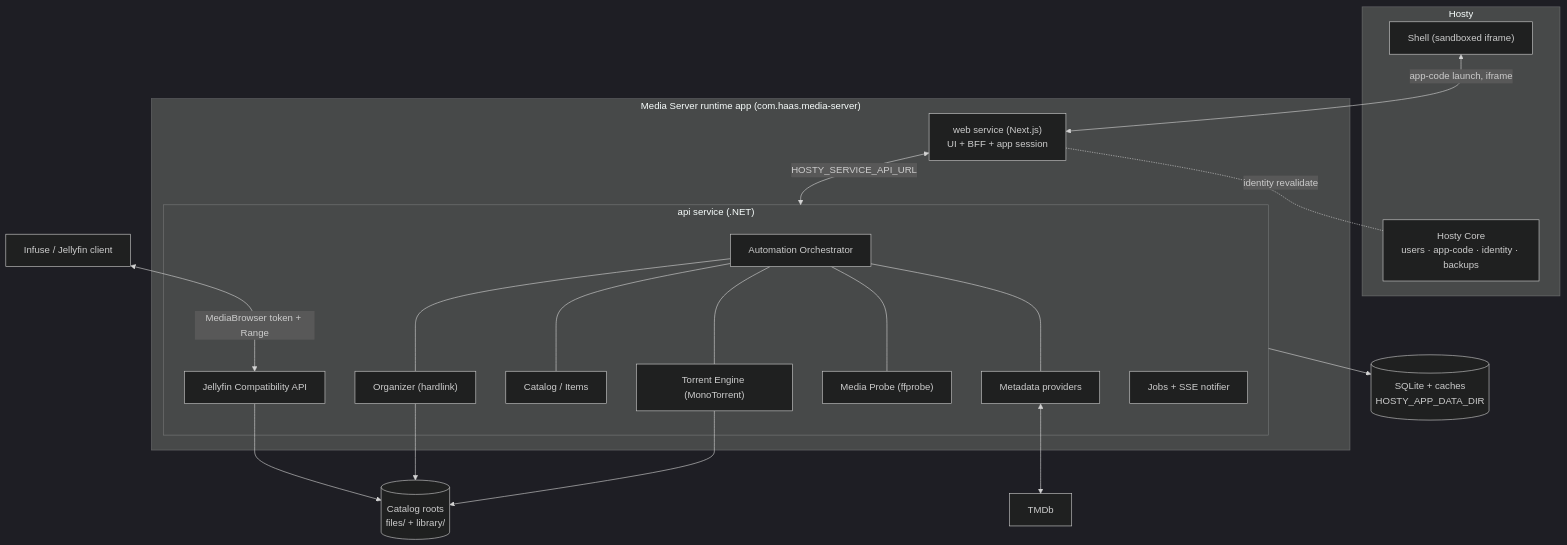
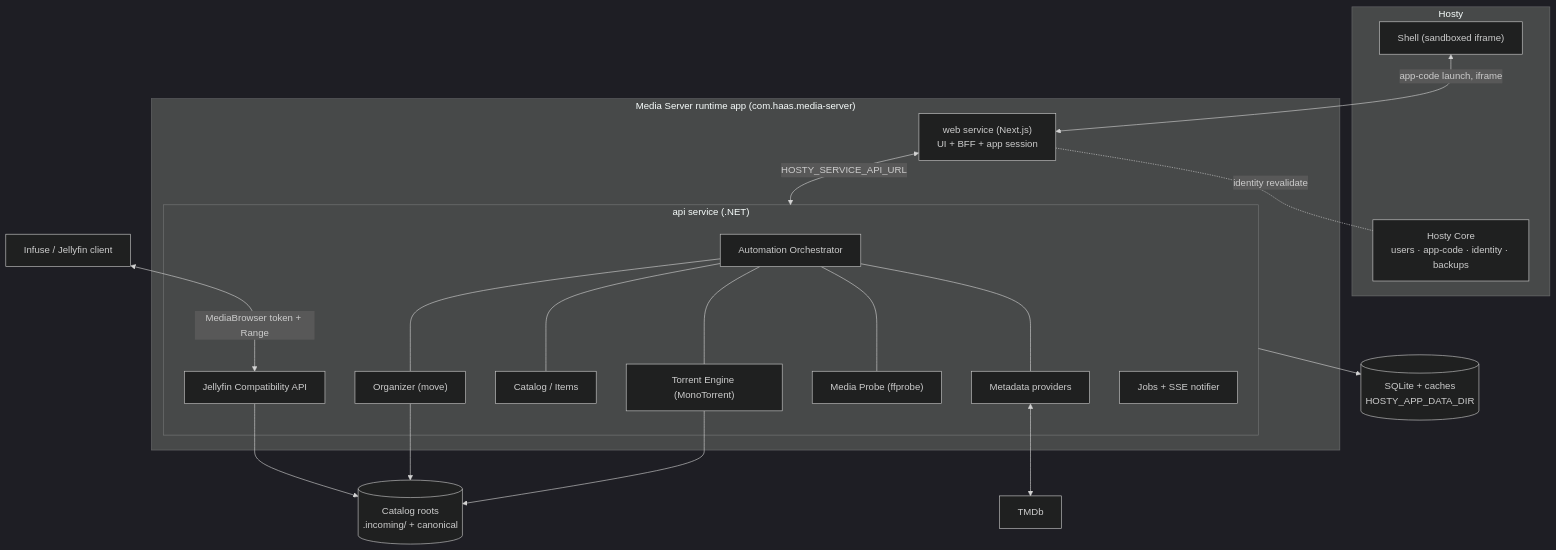
The second of 2 diagrams in docs/root.md (alex-de-haas/media-server), drawn with Mermaid (dark theme) before and after one commit. The commit also changed other lines of this file and 102 other files, not shown here.

````diff
--- a/docs/root.md
+++ b/docs/root.md
@@ -44,35 +44,35 @@
 ```mermaid
 flowchart TB
   subgraph Hosty
     CORE["Hosty Core<br/>users · app-code · identity · backups"]
     SHELL["Shell (sandboxed iframe)"]
   end
   subgraph App["Media Server runtime app (com.haas.media-server)"]
     WEB["web service (Next.js)<br/>UI + BFF + app session"]
     subgraph API["api service (.NET)"]
       ORCH["Automation Orchestrator"]
       TOR["Torrent Engine (MonoTorrent)"]
-      ORG["Organizer (hardlink)"]
+      ORG["Organizer (move)"]
       CAT["Catalog / Items"]
       META["Metadata providers"]
       PROBE["Media Probe (ffprobe)"]
       JELLY["Jellyfin Compatibility API"]
       JOBS["Jobs + SSE notifier"]
     end
   end
   INFUSE["Infuse / Jellyfin client"]
   TMDB["TMDb"]
   DB[("SQLite + caches<br/>HOSTY_APP_DATA_DIR")]
-  CATFS[("Catalog roots<br/>files/ + library/")]
+  CATFS[("Catalog roots<br/>.incoming/ + canonical")]
 
   SHELL <-->|app-code launch, iframe| WEB
   WEB <-->|HOSTY_SERVICE_API_URL| API
   WEB -.identity revalidate.- CORE
   INFUSE <-->|MediaBrowser token + Range| JELLY
   META <--> TMDB
   ORCH --- TOR & ORG & META & PROBE & CAT
   API --> DB
   TOR --> CATFS
   ORG --> CATFS
   JELLY --> CATFS
 ```
````
